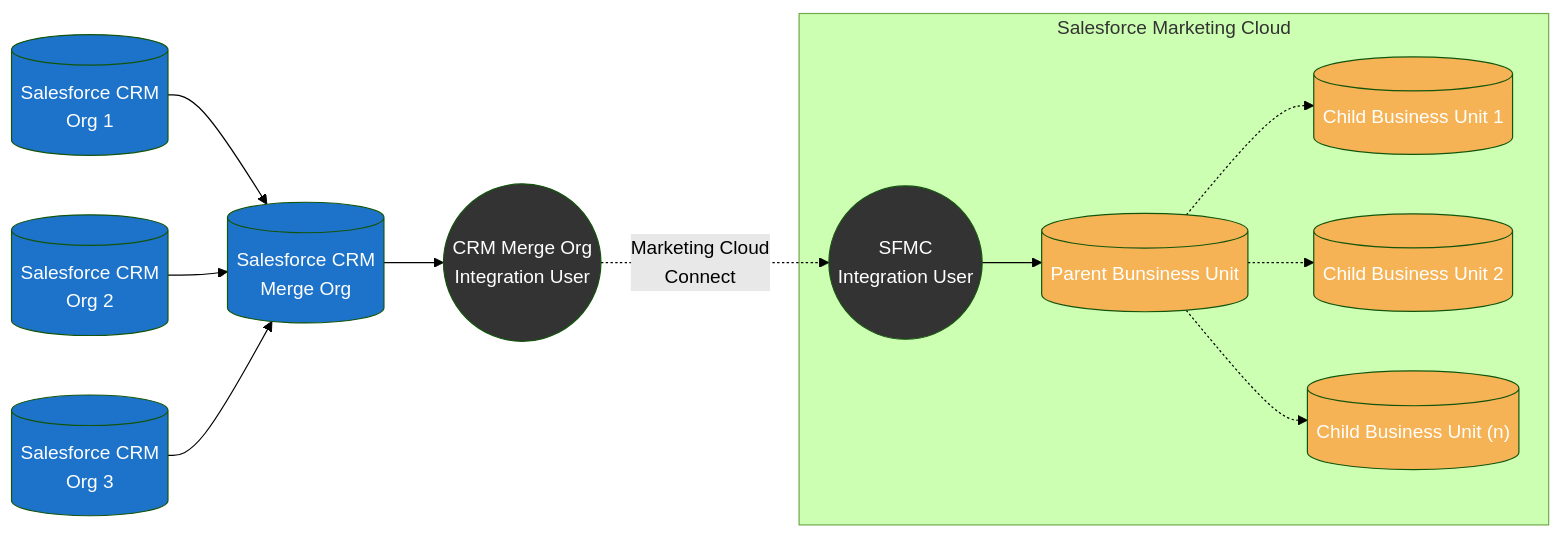
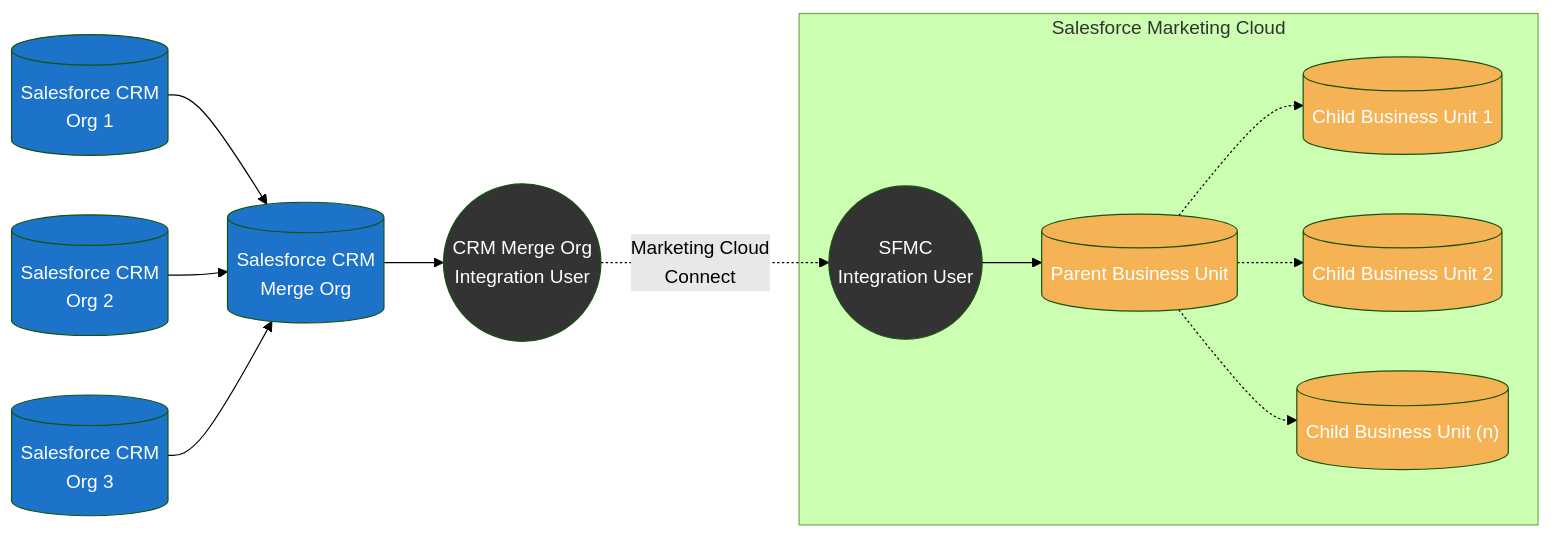
Before and after one commit to MateuszDabrowski/mateuszdabrowski.pl: the fourth of 7 diagrams in docs/config/sfmc-mcc-integration-patterns.mdx, drawn with Mermaid (forest theme). The commit also changed other lines of this file and 1 other file, not shown here.

````diff
--- a/docs/config/sfmc-mcc-integration-patterns.mdx
+++ b/docs/config/sfmc-mcc-integration-patterns.mdx
@@ -188,29 +194,29 @@
 ```mermaid
 graph LR
  crm1[(Salesforce CRM\nOrg 1)]:::sfdc
  crm2[(Salesforce CRM\nOrg 2)]:::sfdc
  crm3[(Salesforce CRM\nOrg 3)]:::sfdc
  crm4[(Salesforce CRM\nMerge Org)]:::sfdc
  crmIU((CRM Merge Org\nIntegration User)):::mcc
  sfmcIU((SFMC\nIntegration User)):::mcc
- sfmc1[(Parent Bunsiness Unit)]:::sfmc
+ sfmc1[(Parent Business Unit)]:::sfmc
  sfmcBU1[(Child Business Unit 1)]:::sfmc
  sfmcBU2[(Child Business Unit 2)]:::sfmc
  sfmcBUn[("Child Business Unit (n)")]:::sfmc
 
  crm1 --> crm4
  crm2 --> crm4
  crm3 --> crm4
  crm4 --> crmIU
  crmIU -. Marketing Cloud\nConnect .-> sfmcIU
  subgraph sfmc [Salesforce Marketing Cloud]
-    sfmcIU --> sfmc1
-    sfmc1 -.-> sfmcBU1
-    sfmc1 -.-> sfmcBU2
-    sfmc1 -.-> sfmcBUn
+ sfmcIU --> sfmc1
+ sfmc1 -.-> sfmcBU1
+ sfmc1 -.-> sfmcBU2
+ sfmc1 -.-> sfmcBUn
  end
 
  classDef sfdc fill:#1d73c9,color:#ffffff
  classDef sfmc fill:#f6b355,color:#ffffff
  classDef mcc fill:#333333,color:#ffffff
 ```
````
